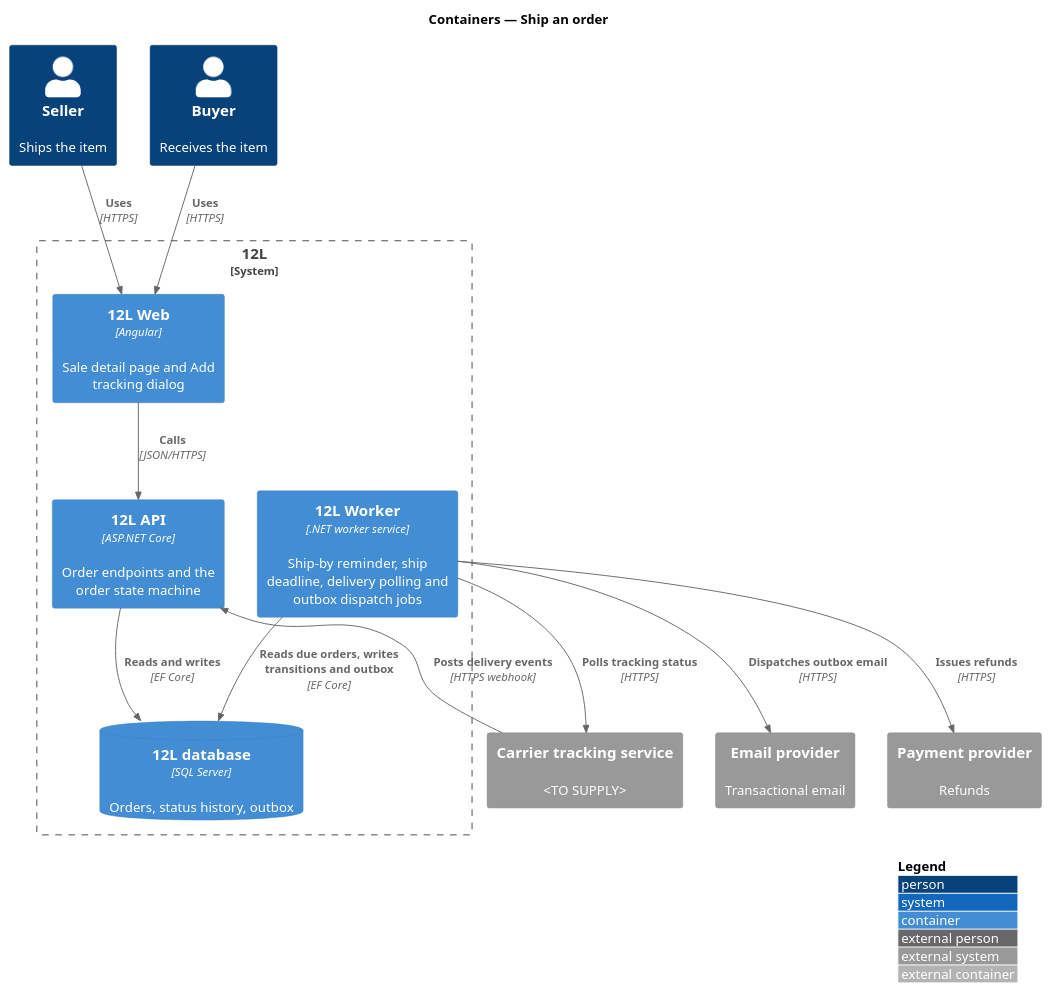
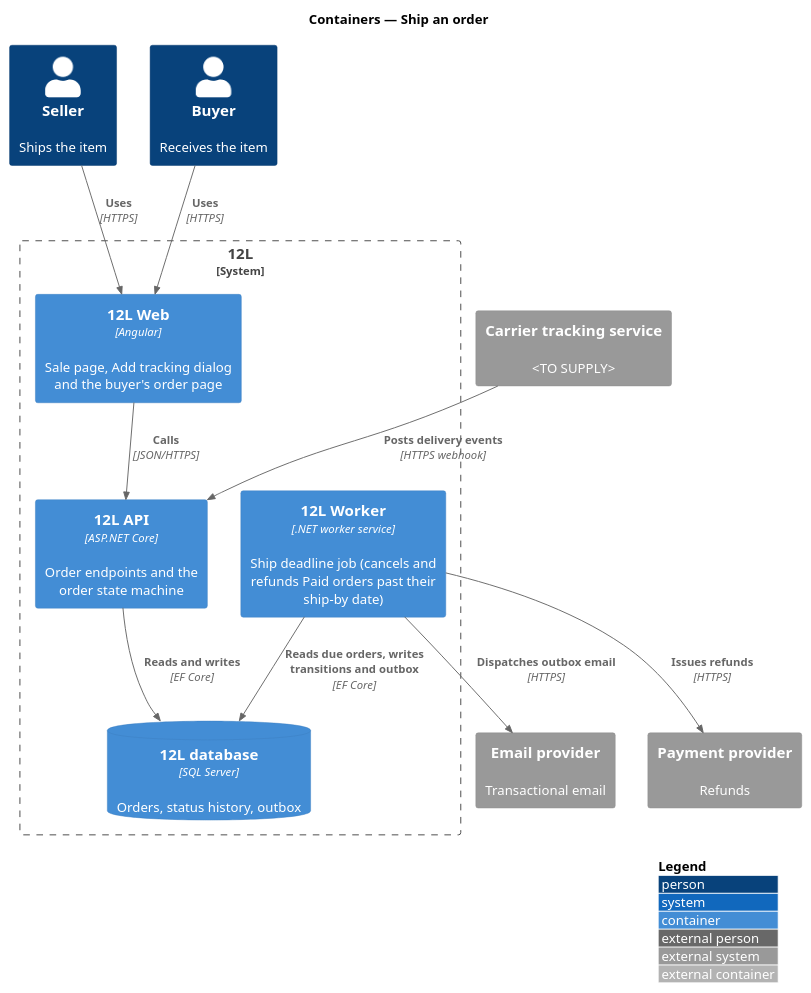
One commit to QuinntyneBrown/12l changed the diagram in docs/detailed-designs/orders/ship-order/diagrams/c4-container.puml. Above: the diagram before and after it, drawn with PlantUML. The commit also changed 66 other files, not shown here.

First line of the commit message:
Document ship-order: design, ADR, design system, composition, estimates

```diff
--- a/docs/detailed-designs/orders/ship-order/diagrams/c4-container.puml
+++ b/docs/detailed-designs/orders/ship-order/diagrams/c4-container.puml
@@ -1,27 +1,26 @@
 @startuml
 !include <C4/C4_Container>
 LAYOUT_WITH_LEGEND()
 title Containers — Ship an order
 
 Person(seller, "Seller", "Ships the item")
 Person(buyer, "Buyer", "Receives the item")
 System_Boundary(twelvel, "12L") {
-  Container(web, "12L Web", "Angular", "Sale detail page and Add tracking dialog")
+  Container(web, "12L Web", "Angular", "Sale page, Add tracking dialog and the buyer's order page")
   Container(api, "12L API", "ASP.NET Core", "Order endpoints and the order state machine")
-  Container(worker, "12L Worker", ".NET worker service", "Ship-by reminder, ship deadline, delivery polling and outbox dispatch jobs")
+  Container(worker, "12L Worker", ".NET worker service", "Ship deadline job (cancels and refunds Paid orders past their ship-by date)")
   ContainerDb(db, "12L database", "SQL Server", "Orders, status history, outbox")
 }
 System_Ext(email, "Email provider", "Transactional email")
 System_Ext(carrier, "Carrier tracking service", "<TO SUPPLY>")
 System_Ext(pay, "Payment provider", "Refunds")
 
 Rel(seller, web, "Uses", "HTTPS")
 Rel(buyer, web, "Uses", "HTTPS")
 Rel(web, api, "Calls", "JSON/HTTPS")
 Rel(api, db, "Reads and writes", "EF Core")
 Rel(worker, db, "Reads due orders, writes transitions and outbox", "EF Core")
 Rel(worker, email, "Dispatches outbox email", "HTTPS")
 Rel(worker, pay, "Issues refunds", "HTTPS")
-Rel(worker, carrier, "Polls tracking status", "HTTPS")
 Rel(carrier, api, "Posts delivery events", "HTTPS webhook")
 @enduml
```
